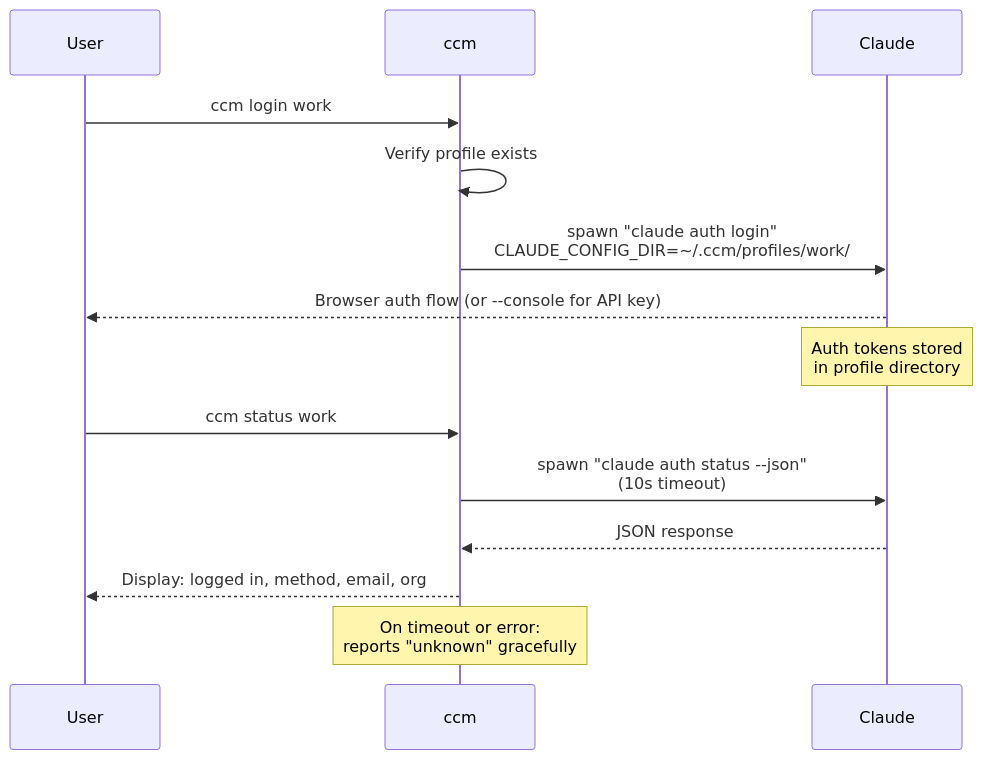
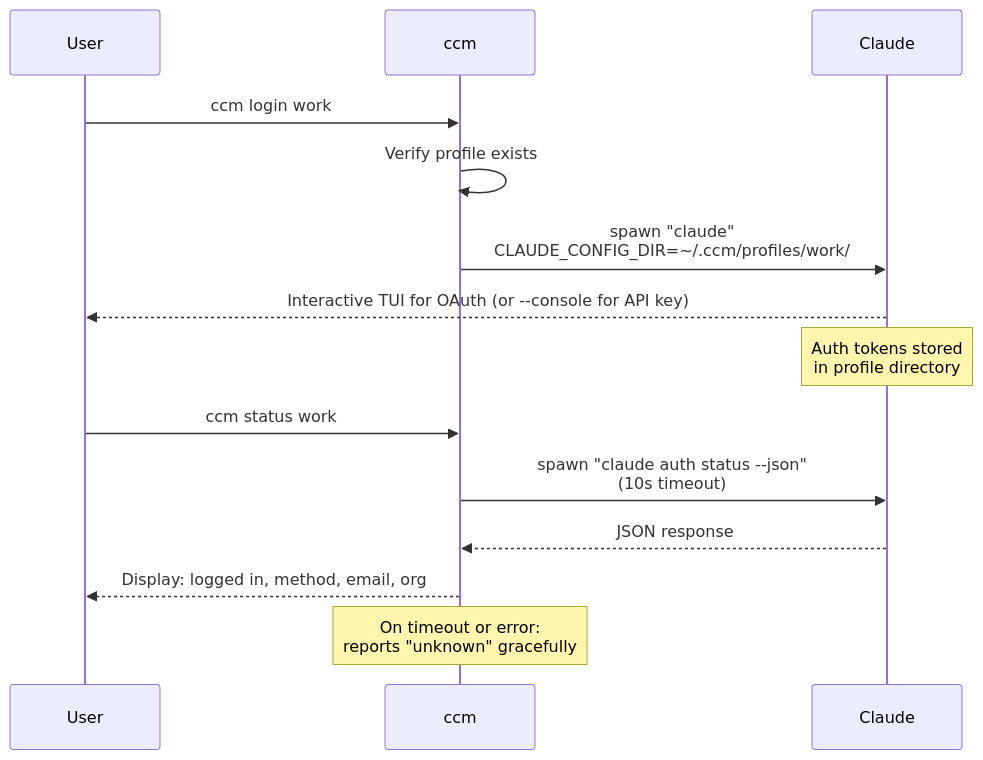
The third of 4 diagrams in README.md (Remeic/ccm), drawn with Mermaid before and after one commit. The commit also changed other lines of this file and 19 other files, not shown here.

````diff
--- a/README.md
+++ b/README.md
@@ -241,18 +248,18 @@
 ```mermaid
 sequenceDiagram
     participant User
     participant ccm
     participant Claude
 
     User->>ccm: ccm login work
     ccm->>ccm: Verify profile exists
-    ccm->>Claude: spawn "claude auth login"<br/>CLAUDE_CONFIG_DIR=~/.ccm/profiles/work/
-    Claude-->>User: Browser auth flow (or --console for API key)
+    ccm->>Claude: spawn "claude"<br/>CLAUDE_CONFIG_DIR=~/.ccm/profiles/work/
+    Claude-->>User: Interactive TUI for OAuth (or --console for API key)
     Note over Claude: Auth tokens stored<br/>in profile directory
 
     User->>ccm: ccm status work
     ccm->>Claude: spawn "claude auth status --json"<br/>(10s timeout)
     Claude-->>ccm: JSON response
     ccm-->>User: Display: logged in, method, email, org
     Note over ccm: On timeout or error:<br/>reports "unknown" gracefully
 ```
````
